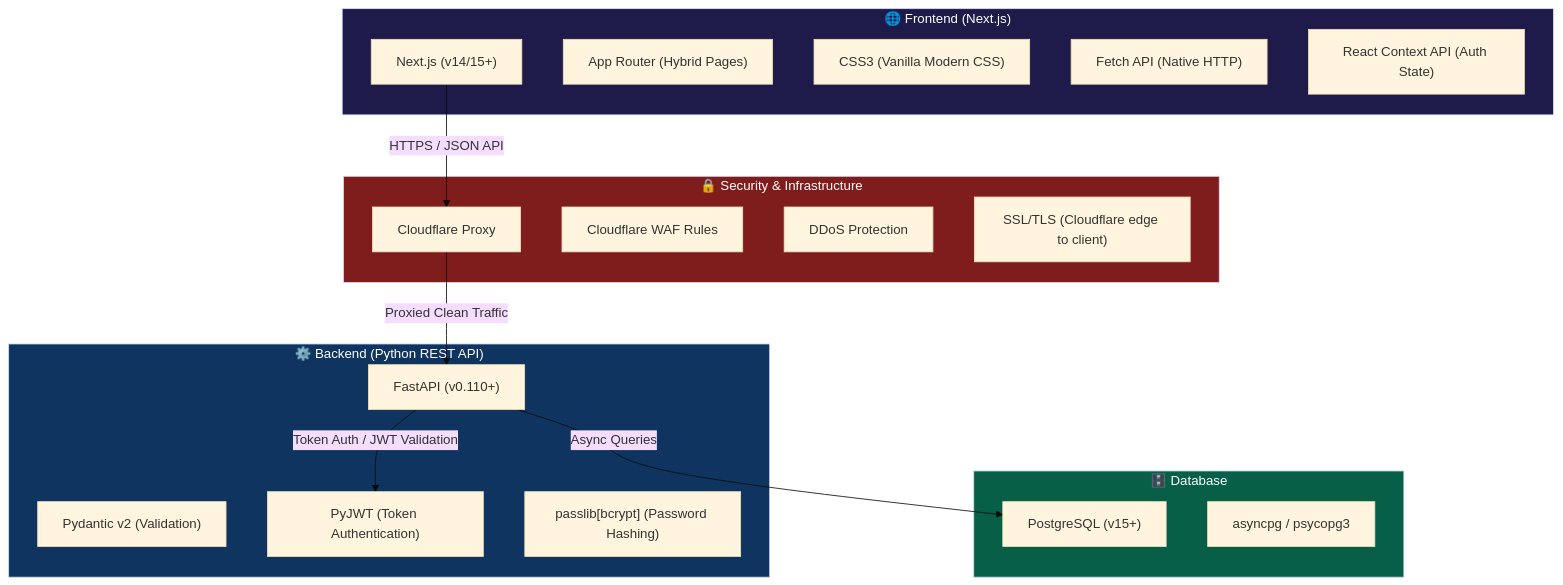
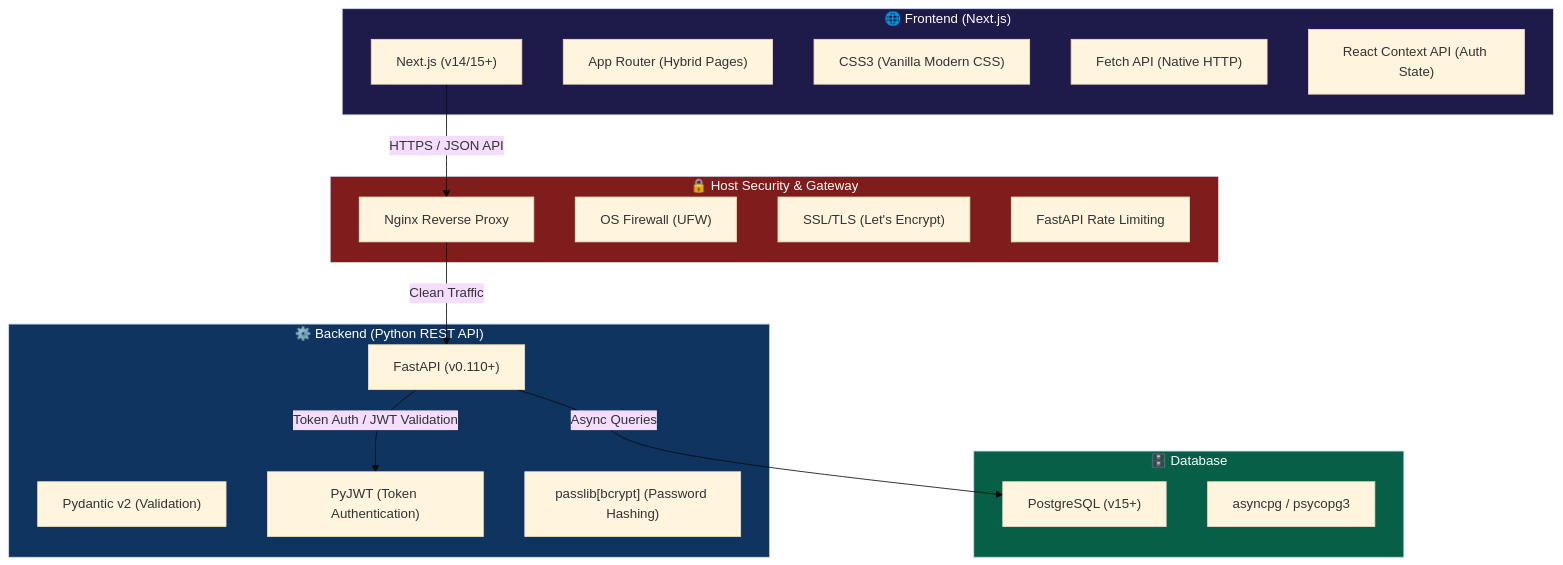
Before and after one commit to algorithnicmind/Bookflow-management: the first of 3 diagrams in docs/02-TRD.md, drawn with Mermaid (base theme). The commit also changed other lines of this file and 1 other file, not shown here.

````diff
--- a/docs/02-TRD.md
+++ b/docs/02-TRD.md
@@ -13,39 +13,39 @@
 ```mermaid
 graph TB
     subgraph Frontend["🌐 Frontend (Next.js)"]
         Next["Next.js (v14/15+)"]
         AppRouter["App Router (Hybrid Pages)"]
         CSS["CSS3 (Vanilla Modern CSS)"]
         Fetch["Fetch API (Native HTTP)"]
         Context["React Context API (Auth State)"]
     end
     
     subgraph Backend["⚙️ Backend (Python REST API)"]
         FastAPI["FastAPI (v0.110+)"]
         Pydantic["Pydantic v2 (Validation)"]
         PyJWT["PyJWT (Token Authentication)"]
         Passlib["passlib[bcrypt] (Password Hashing)"]
     end
     
     subgraph Database["🗄️ Database"]
         PG["PostgreSQL (v15+)"]
         AsyncPG["asyncpg / psycopg3"]
     end
     
-    subgraph Security["🔒 Security & Infrastructure"]
-        CF["Cloudflare Proxy"]
-        WAF["Cloudflare WAF Rules"]
-        DDoS["DDoS Protection"]
-        SSL["SSL/TLS (Cloudflare edge to client)"]
+    subgraph Security["🔒 Host Security & Gateway"]
+        Nginx["Nginx Reverse Proxy"]
+        UFW["OS Firewall (UFW)"]
+        SSL["SSL/TLS (Let's Encrypt)"]
+        Limiter["FastAPI Rate Limiting"]
     end
     
-    Next -->|HTTPS / JSON API| CF
-    CF -->|Proxied Clean Traffic| FastAPI
+    Next -->|HTTPS / JSON API| Nginx
+    Nginx -->|Clean Traffic| FastAPI
     FastAPI -->|Token Auth / JWT Validation| PyJWT
     FastAPI -->|Async Queries| PG
     
     style Frontend fill:#1e1b4b,color:#fff
     style Backend fill:#0f3460,color:#fff
     style Database fill:#065f46,color:#fff
     style Security fill:#7f1d1d,color:#fff
 ```
````
